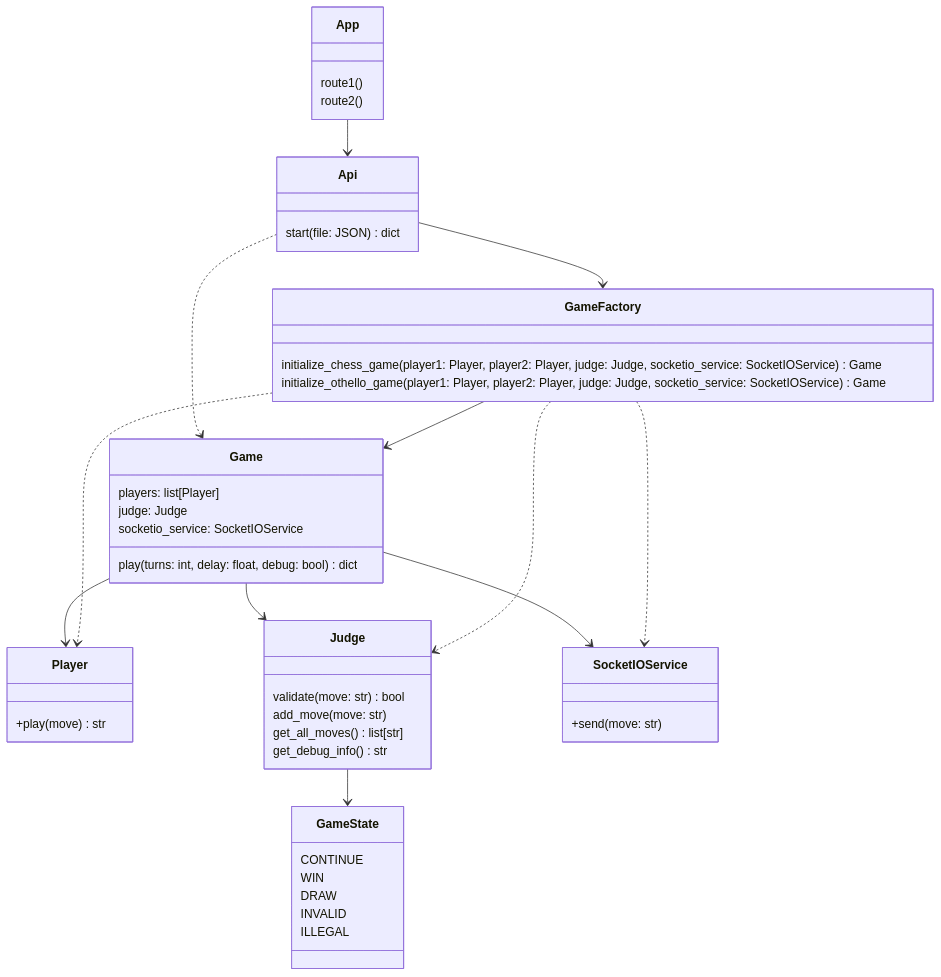
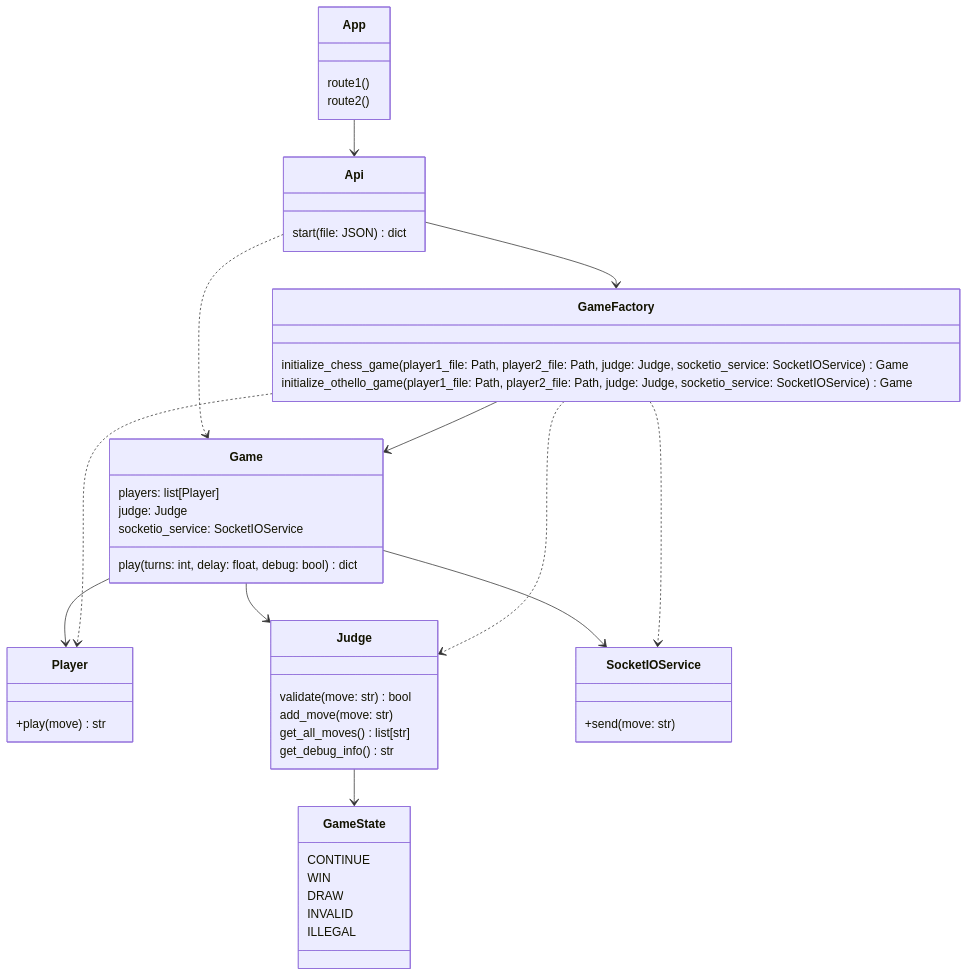
The third of 3 diagrams in docs/architecture.md (game-ai-platform-team/tira-ai-platform), drawn with Mermaid before and after one commit.

Commit message:
docs: Initialize Player inside GameFactory

````diff
--- a/docs/architecture.md
+++ b/docs/architecture.md
@@ -89,60 +89,60 @@
 ```mermaid
 classDiagram
 
 App --> Api
 Api ..> Game
 Api --> GameFactory
 Game --> Player
 Game --> Judge
 Game --> SocketIOService
 GameFactory --> Game
 GameFactory ..> Judge
 GameFactory ..> Player
 GameFactory ..> SocketIOService
 Judge --> GameState
 
 class GameFactory {
-    initialize_chess_game(player1: Player, player2: Player, judge: Judge, socketio_service: SocketIOService) Game
-    initialize_othello_game(player1: Player, player2: Player, judge: Judge, socketio_service: SocketIOService) Game
+    initialize_chess_game(player1_file: Path, player2_file: Path, judge: Judge, socketio_service: SocketIOService) Game
+    initialize_othello_game(player1_file: Path, player2_file: Path, judge: Judge, socketio_service: SocketIOService) Game
 }
 
 class Game {
     players: list[Player]
     judge: Judge
     socketio_service: SocketIOService
 
     play(turns: int, delay: float, debug: bool) dict
 }
 
 class SocketIOService {
     +send(move: str)
 }
 
 class Judge {
     validate(move: str) bool
     add_move(move: str)
     get_all_moves() list[str]
     get_debug_info() str
 }
 
 class Player {
     +play(move) str
 }
 
 class GameState {
     CONTINUE
     WIN
     DRAW
     INVALID
     ILLEGAL
 }
 
 class Api {
     start(file: JSON) dict
 }
 
 class App {
     route1()
     route2()
 }
 ```
````
